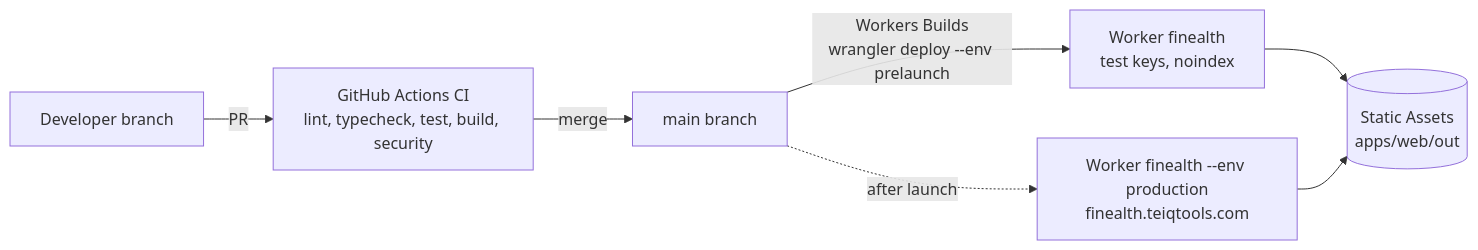
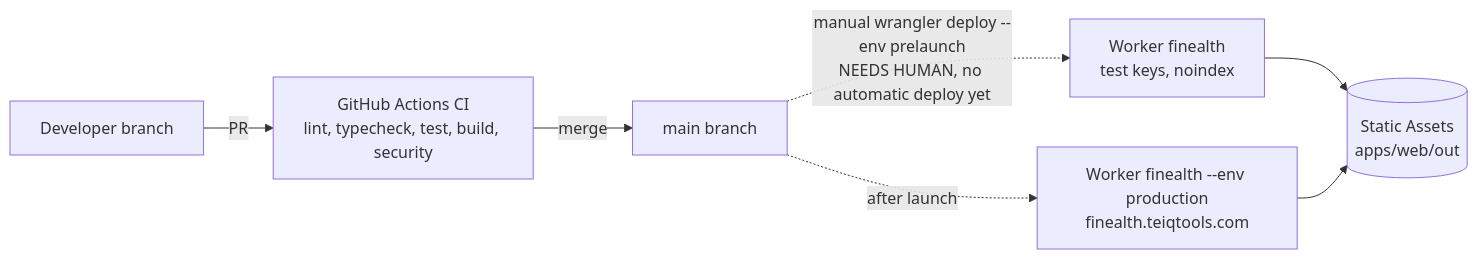
The diagram in docs/diagrams/HLD-4.mmd (equisteg/finance-calculators), drawn with Mermaid before and after one commit. The commit also changed 33 other files, not shown here.

```diff
--- a/docs/diagrams/HLD-4.mmd
+++ b/docs/diagrams/HLD-4.mmd
@@ -1,7 +1,7 @@
 flowchart LR
   dev[Developer branch] -->|PR| ci[GitHub Actions CI<br/>lint, typecheck, test, build, security]
   ci -->|merge| main[main branch]
-  main -->|Workers Builds<br/>wrangler deploy --env prelaunch| pre[Worker finealth<br/>test keys, noindex]
+  main -.->|manual wrangler deploy --env prelaunch<br/>NEEDS HUMAN, no automatic deploy yet| pre[Worker finealth<br/>test keys, noindex]
   main -.->|after launch| prod[Worker finealth --env production<br/>finealth.teiqtools.com]
   pre --> assets[(Static Assets<br/>apps/web/out)]
   prod --> assets
```
